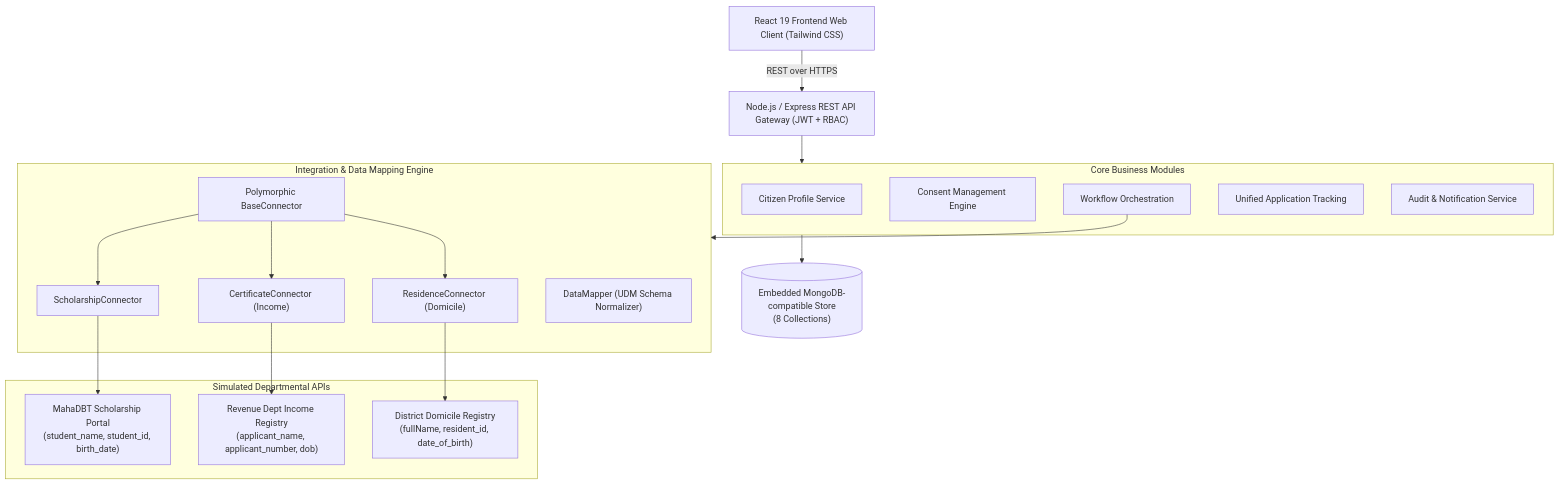
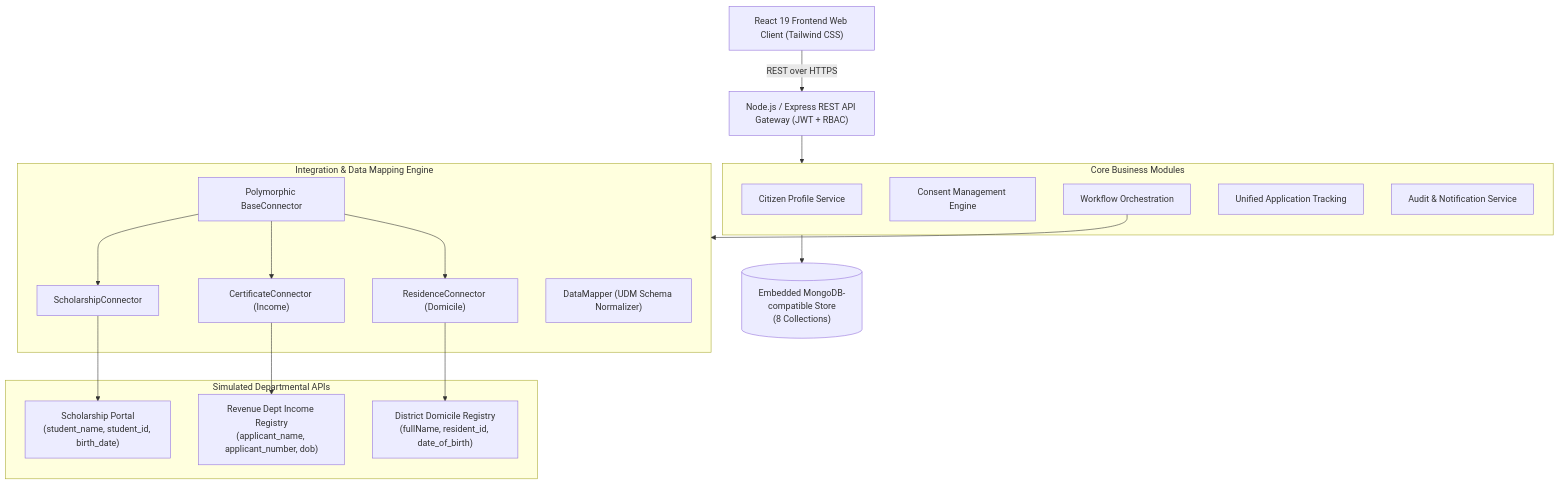
Before and after one commit to AashiyaKhan4/unified-government-digital-platform: the diagram in README.md, drawn with Mermaid. The commit also changed other lines of this file and 25 other files, not shown here.

````diff
--- a/README.md
+++ b/README.md
@@ -33,36 +33,36 @@
 ```mermaid
 flowchart TD
     Client["React 19 Frontend Web Client (Tailwind CSS)"]
     Gateway["Node.js / Express REST API Gateway (JWT + RBAC)"]
     
     subgraph BusinessModules["Core Business Modules"]
       Profile["Citizen Profile Service"]
       Consent["Consent Management Engine"]
       Workflow["Workflow Orchestration"]
       Tracking["Unified Application Tracking"]
       Audit["Audit & Notification Service"]
     end
     
     subgraph IntegrationLayer["Integration & Data Mapping Engine"]
       DataMapper["DataMapper (UDM Schema Normalizer)"]
       BaseConn["Polymorphic BaseConnector"]
       C1["ScholarshipConnector"]
       C2["CertificateConnector (Income)"]
       C3["ResidenceConnector (Domicile)"]
     end
     
     subgraph ExternalPortals["Simulated Departmental APIs"]
-      P1["MahaDBT Scholarship Portal\n(student_name, student_id, birth_date)"]
+      P1["Scholarship Portal\n(student_name, student_id, birth_date)"]
       P2["Revenue Dept Income Registry\n(applicant_name, applicant_number, dob)"]
       P3["District Domicile Registry\n(fullName, resident_id, date_of_birth)"]
     end
 
     Client -->|REST over HTTPS| Gateway
     Gateway --> BusinessModules
     Workflow --> IntegrationLayer
     BaseConn --> C1 & C2 & C3
     C1 --> P1
     C2 --> P2
     C3 --> P3
     BusinessModules --> Mongo[("Embedded MongoDB-compatible Store\n(8 Collections)")]
 ```
````
